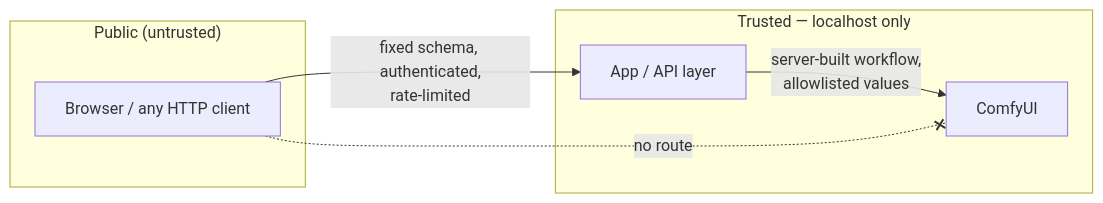
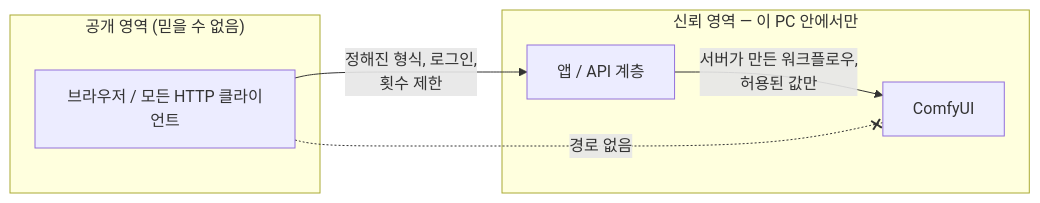
The third of 3 diagrams in docs/architecture.md (Bong0524/comfyui-mobile-studio), drawn with Mermaid before and after one commit. The commit also changed other lines of this file and 4 other files, not shown here.

````diff
--- a/docs/architecture.md
+++ b/docs/architecture.md
@@ -158,13 +160,13 @@
 ```mermaid
 flowchart LR
-    subgraph Public["Public (untrusted)"]
-        X[Browser / any HTTP client]
+    subgraph Public["공개 영역 (믿을 수 없음)"]
+        X[브라우저 / 모든 HTTP 클라이언트]
     end
-    subgraph Trusted["Trusted — localhost only"]
-        A[App / API layer]
+    subgraph Trusted["신뢰 영역 — 이 PC 안에서만"]
+        A[앱 / API 계층]
         C[ComfyUI]
     end
-    X -- "fixed schema, authenticated,<br/>rate-limited" --> A
-    A -- "server-built workflow,<br/>allowlisted values" --> C
-    X -. "no route" .-x C
+    X -- "정해진 형식, 로그인,<br/>횟수 제한" --> A
+    A -- "서버가 만든 워크플로우,<br/>허용된 값만" --> C
+    X -. "경로 없음" .-x C
 ```
````
